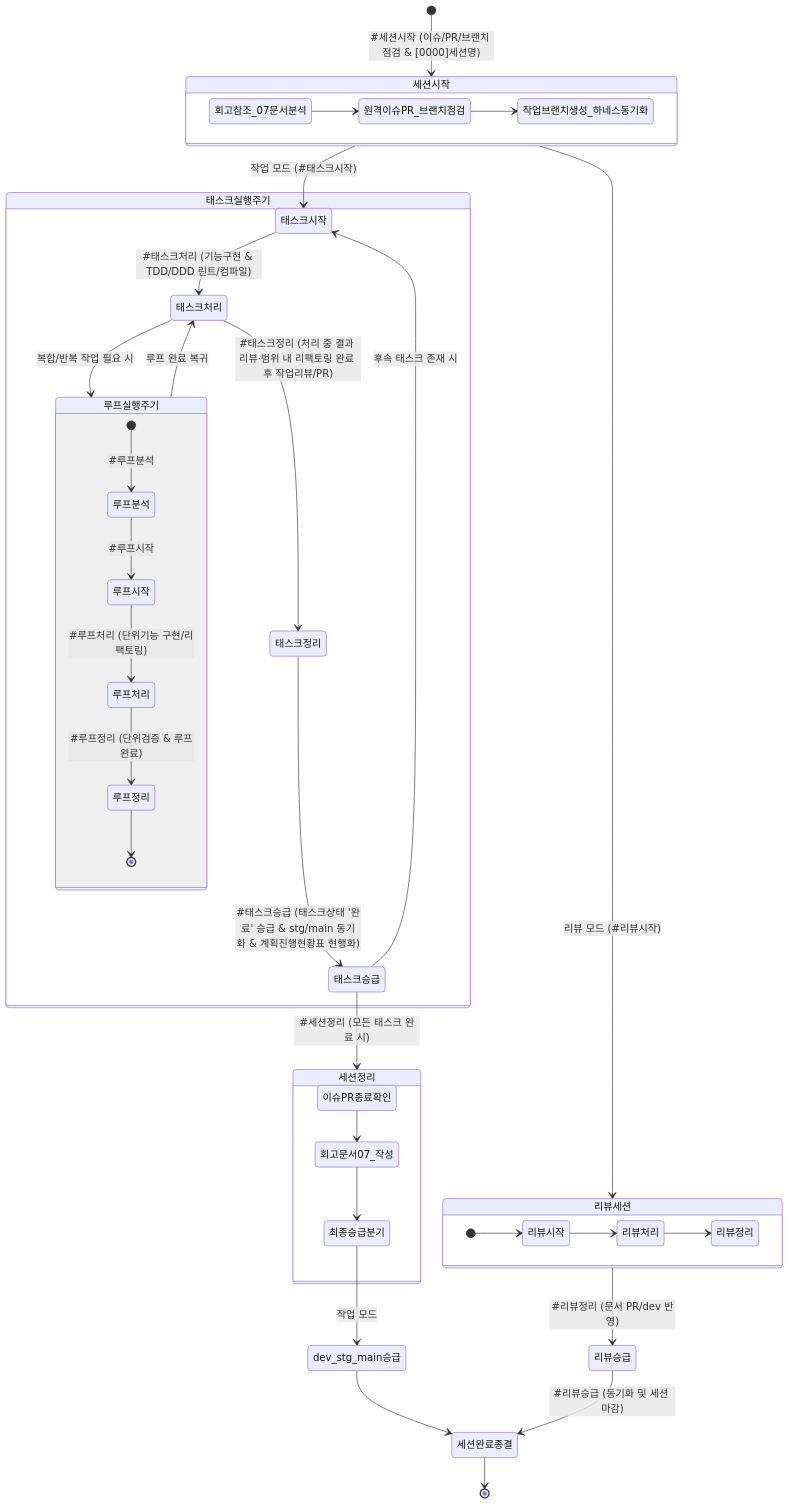
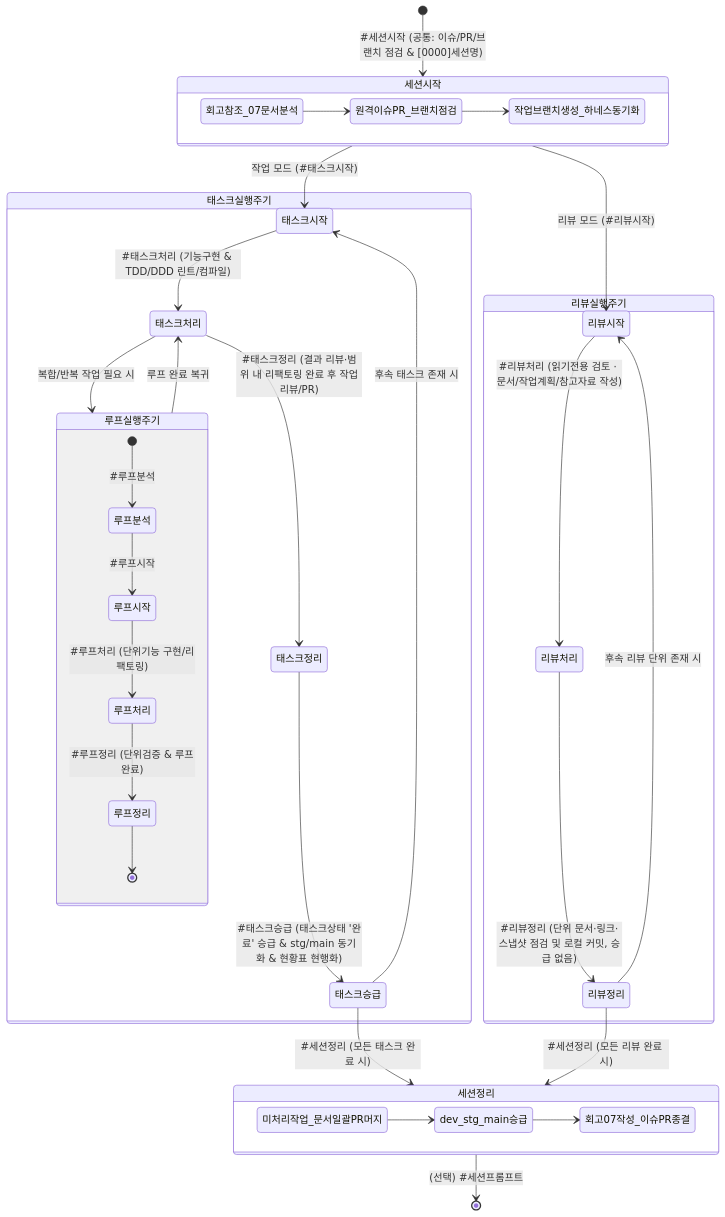
One commit to jkoogit/moabogo changed the diagram in AGENTS.md. Above: the diagram before and after it, drawn with Mermaid. The commit also changed other lines of this file and 4 other files, not shown here.

````diff
--- a/AGENTS.md
+++ b/AGENTS.md
@@ -12,53 +12,49 @@
 ```mermaid
 stateDiagram-v2
-    [*] --> 세션시작: #세션시작 (이슈/PR/브랜치 점검 & [0000]세션명)
+    [*] --> 세션시작: #세션시작 (공통: 이슈/PR/브랜치 점검 & [0000]세션명)
     
     state 세션시작 {
         direction LR
         회고참조_07문서분석 --> 원격이슈PR_브랜치점검
         원격이슈PR_브랜치점검 --> 작업브랜치생성_하네스동기화
     }
 
     세션시작 --> 태스크시작: 작업 모드 (#태스크시작)
-    세션시작 --> 리뷰세션: 리뷰 모드 (#리뷰시작)
+    세션시작 --> 리뷰시작: 리뷰 모드 (#리뷰시작)
 
     state 태스크실행주기 {
         태스크시작 --> 태스크처리: #태스크처리 (기능구현 & TDD/DDD 린트/컴파일)
         
         state 루프실행주기 {
             [*] --> 루프분석: #루프분석
             루프분석 --> 루프시작: #루프시작
             루프시작 --> 루프처리: #루프처리 (단위기능 구현/리팩토링)
             루프처리 --> 루프정리: #루프정리 (단위검증 & 루프완료)
             루프정리 --> [*]
         }
         
         태스크처리 --> 루프실행주기: 복합/반복 작업 필요 시
         루프실행주기 --> 태스크처리: 루프 완료 복귀
-        태스크처리 --> 태스크정리: #태스크정리 (처리 중 결과 리뷰·범위 내 리팩토링 완료 후 작업리뷰/PR)
-        태스크정리 --> 태스크승급: #태스크승급 (태스크상태 '완료' 승급 & stg/main 동기화 & 계획진행현황표 현행화)
+        태스크처리 --> 태스크정리: #태스크정리 (결과 리뷰·범위 내 리팩토링 완료 후 작업리뷰/PR)
+        태스크정리 --> 태스크승급: #태스크승급 (태스크상태 '완료' 승급 & stg/main 동기화 & 현황표 현행화)
     }
 
     태스크승급 --> 태스크시작: 후속 태스크 존재 시
     태스크승급 --> 세션정리: #세션정리 (모든 태스크 완료 시)
 
-    state 리뷰세션 {
-        direction LR
-        [*] --> 리뷰시작
-        리뷰시작 --> 리뷰처리
-        리뷰처리 --> 리뷰정리
+    state 리뷰실행주기 {
+        리뷰시작 --> 리뷰처리: #리뷰처리 (읽기전용 검토 · 문서/작업계획/참고자료 작성)
+        리뷰처리 --> 리뷰정리: #리뷰정리 (단위 문서·링크·스냅샷 점검 및 로컬 커밋, 승급 없음)
     }
 
-    리뷰세션 --> 리뷰승급: #리뷰정리 (문서 PR/dev 반영)
+    리뷰정리 --> 리뷰시작: 후속 리뷰 단위 존재 시
+    리뷰정리 --> 세션정리: #세션정리 (모든 리뷰 완료 시)
 
     state 세션정리 {
         direction LR
-        이슈PR종료확인 --> 회고문서07_작성
-        회고문서07_작성 --> 최종승급분기
+        미처리작업_문서일괄PR머지 --> dev_stg_main승급
+        dev_stg_main승급 --> 회고07작성_이슈PR종결
     }
 
-    최종승급분기 --> dev_stg_main승급: 작업 모드
-    dev_stg_main승급 --> 세션완료종결
-    리뷰승급 --> 세션완료종결: #리뷰승급 (동기화 및 세션 마감)
-    세션완료종결 --> [*]
+    세션정리 --> [*]: (선택) #세션프롬프트
 ```
````
